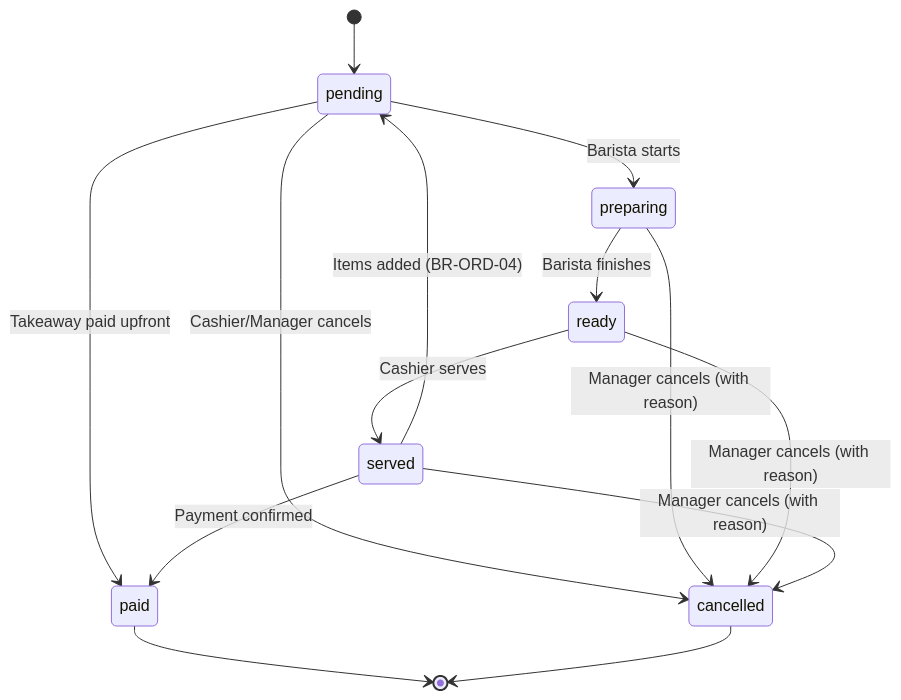
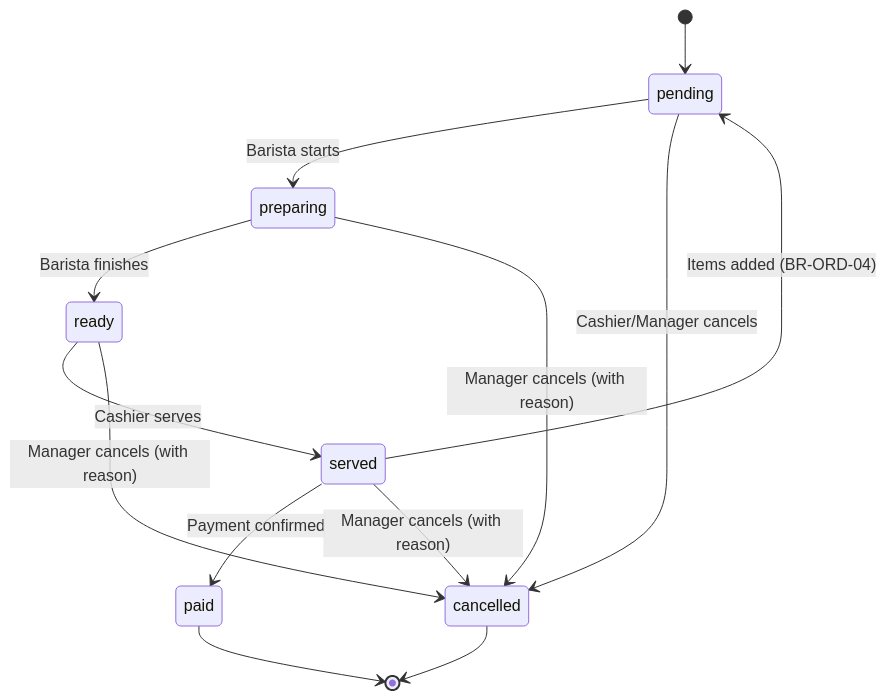
The second of 4 diagrams in docs/product-brief.md (huytran303/CafeManagementSystem), drawn with Mermaid before and after one commit. The commit also changed other lines of this file and 23 other files, not shown here.

````diff
--- a/docs/product-brief.md
+++ b/docs/product-brief.md
@@ -148,16 +148,15 @@
 ```mermaid
 stateDiagram-v2
     [*] --> pending
     pending --> preparing: Barista starts
     pending --> cancelled: Cashier/Manager cancels
-    pending --> paid: Takeaway paid upfront
     preparing --> ready: Barista finishes
     preparing --> cancelled: Manager cancels (with reason)
     ready --> served: Cashier serves
     ready --> cancelled: Manager cancels (with reason)
     served --> paid: Payment confirmed
     served --> pending: Items added (BR-ORD-04)
     served --> cancelled: Manager cancels (with reason)
     paid --> [*]
     cancelled --> [*]
 ```
````
